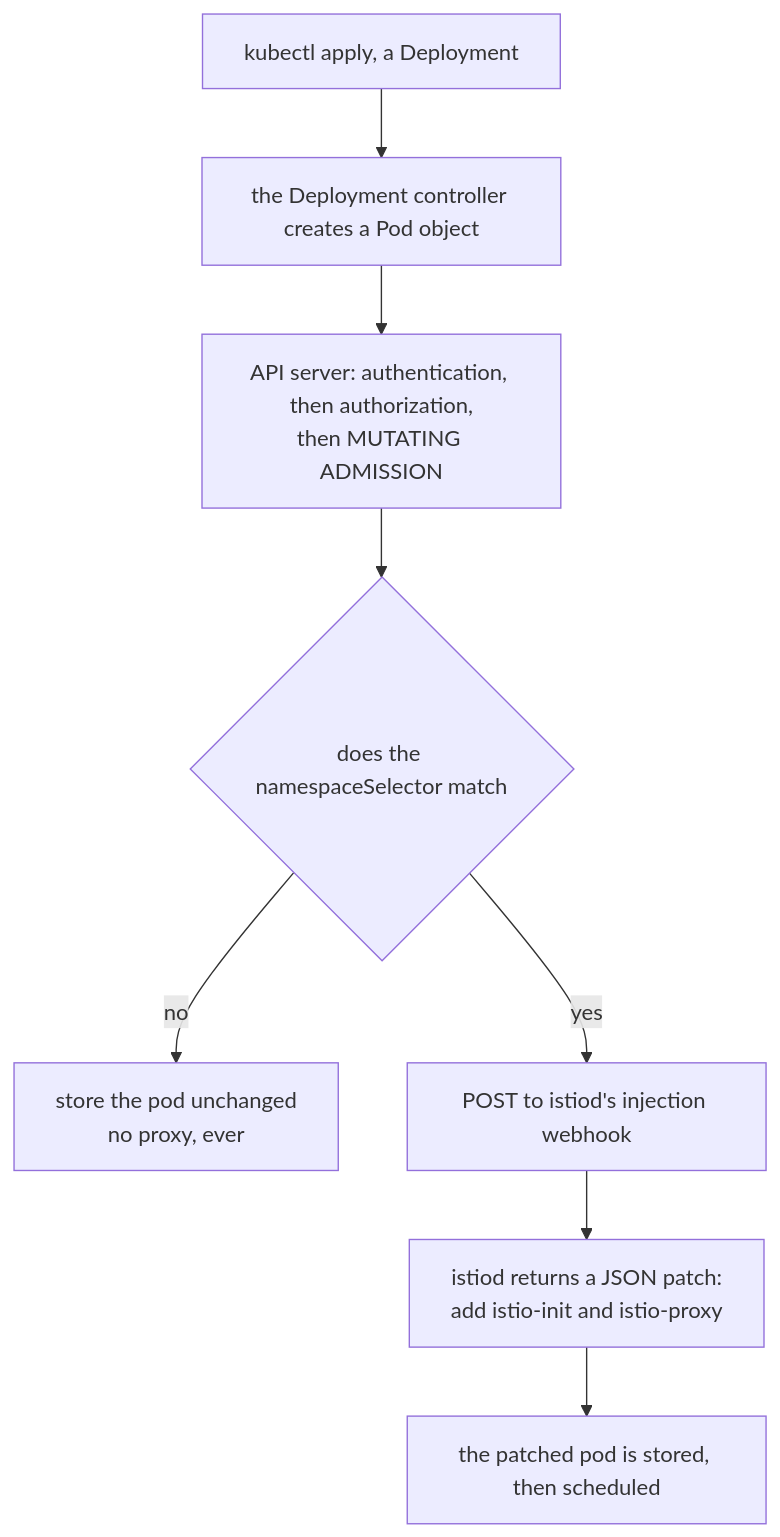
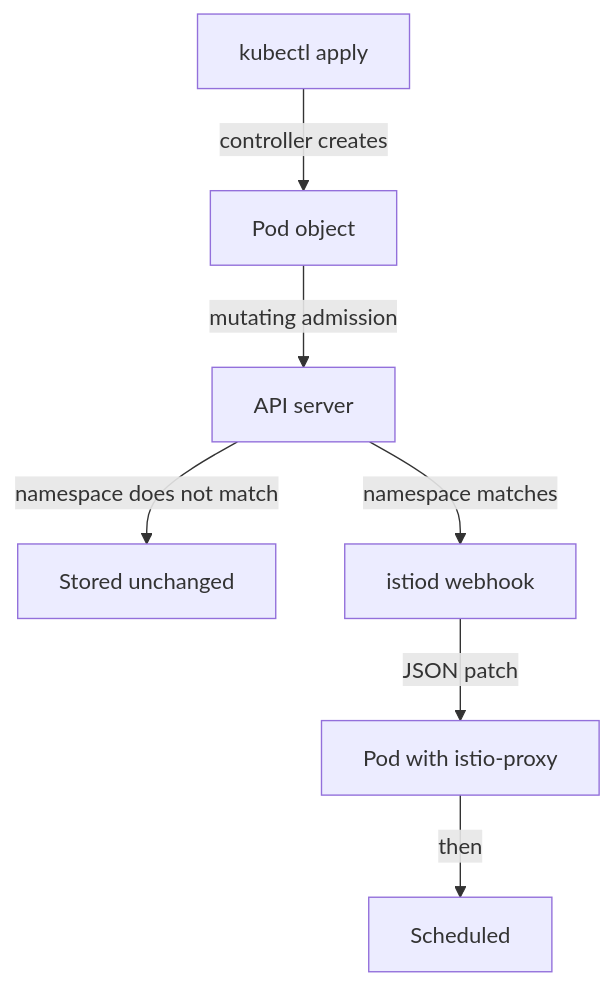
The first of 2 diagrams in sections/section-010/module-01/course-03-injection-and-version-alignment.md (astrona-io/ATS013), drawn with Mermaid before and after one commit. The commit also changed other lines of this file and 24 other files, not shown here.

````diff
--- a/sections/section-010/module-01/course-03-injection-and-version-alignment.md
+++ b/sections/section-010/module-01/course-03-injection-and-version-alignment.md
@@ -11,10 +15,9 @@
 ```mermaid
-flowchart TD
-    A["kubectl apply, a Deployment"] --> B["the Deployment controller creates a Pod object"]
-    B --> C["API server: authentication, then authorization,<br/>then MUTATING ADMISSION"]
-    C --> D{"does the namespaceSelector match"}
-    D -->|"no"| E["store the pod unchanged<br/>no proxy, ever"]
-    D -->|"yes"| F["POST to istiod's injection webhook"]
-    F --> G["istiod returns a JSON patch:<br/>add istio-init and istio-proxy"]
-    G --> H["the patched pod is stored, then scheduled"]
+flowchart TB
+    A["kubectl apply"] -->|"controller creates"| B["Pod object"]
+    B -->|"mutating admission"| C["API server"]
+    C -->|"namespace does not match"| E["Stored unchanged"]
+    C -->|"namespace matches"| F["istiod webhook"]
+    F -->|"JSON patch"| G["Pod with istio-proxy"]
+    G -->|"then"| H["Scheduled"]
 ```
````
